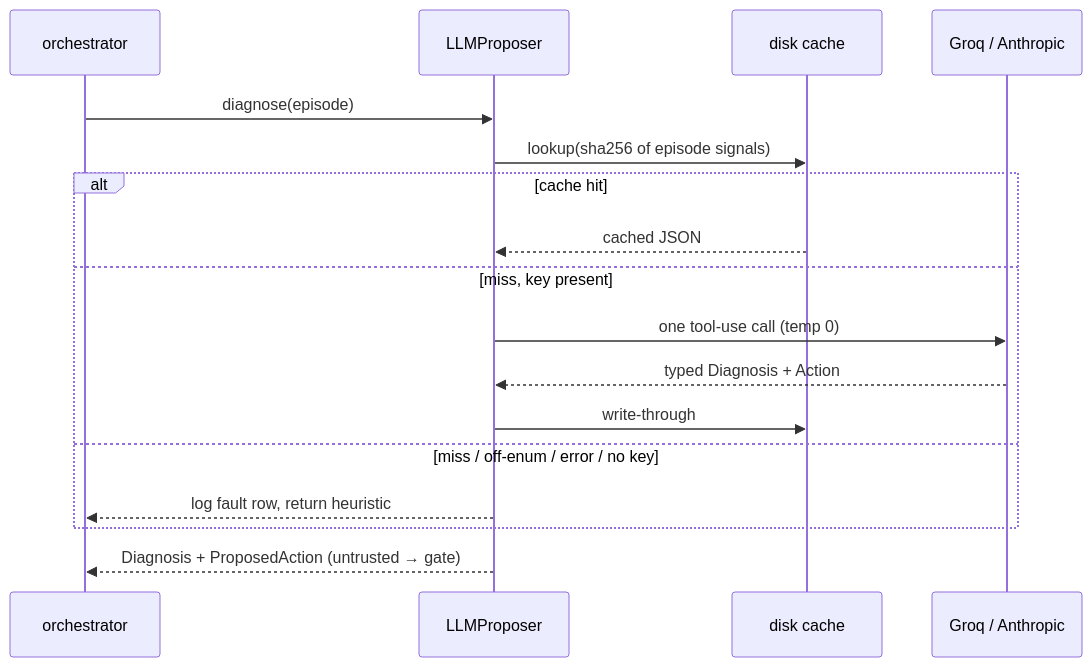
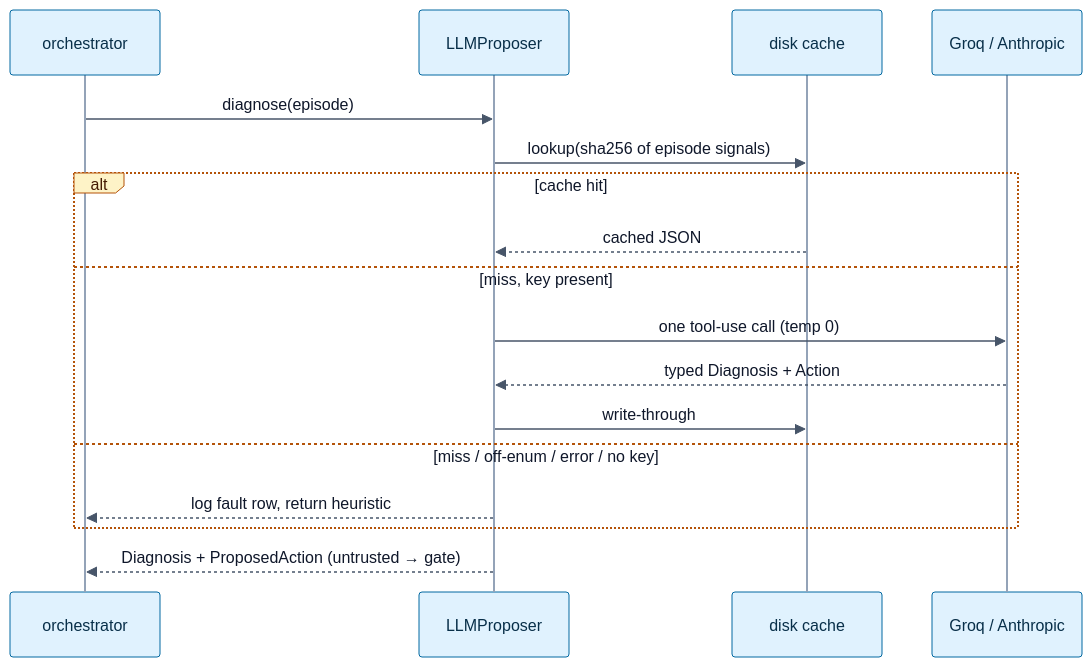
The third of 5 diagrams in README.md (Vigyant05/razorpay_hack), drawn with Mermaid before and after one commit. The commit also changed other lines of this file, not shown here.

First line of the commit message:
Colour the README diagrams on a white canvas

````diff
--- a/README.md
+++ b/README.md
@@ -119,19 +163,20 @@
 ```mermaid
+%%{init: {'theme':'base','themeVariables':{'background':'#ffffff','fontSize':'14px','actorBkg':'#e0f2fe','actorBorder':'#0369a1','actorTextColor':'#082f49','actorLineColor':'#94a3b8','signalColor':'#475569','signalTextColor':'#0f172a','labelBoxBkgColor':'#fef3c7','labelBoxBorderColor':'#b45309','labelTextColor':'#451a03','loopTextColor':'#0f172a','altBackground':'#f8fafc','noteBkgColor':'#f3e8ff','noteBorderColor':'#7c3aed','noteTextColor':'#2e1065','sequenceNumberColor':'#ffffff'}}}%%
 sequenceDiagram
   participant O as orchestrator
   participant L as LLMProposer
   participant C as disk cache
   participant M as Groq / Anthropic
   O->>L: diagnose(episode)
   L->>C: lookup(sha256 of episode signals)
   alt cache hit
     C-->>L: cached JSON
   else miss, key present
     L->>M: one tool-use call (temp 0)
     M-->>L: typed Diagnosis + Action
     L->>C: write-through
   else miss / off-enum / error / no key
     L-->>O: log fault row, return heuristic
   end
   L-->>O: Diagnosis + ProposedAction  (untrusted → gate)
 ```
````
